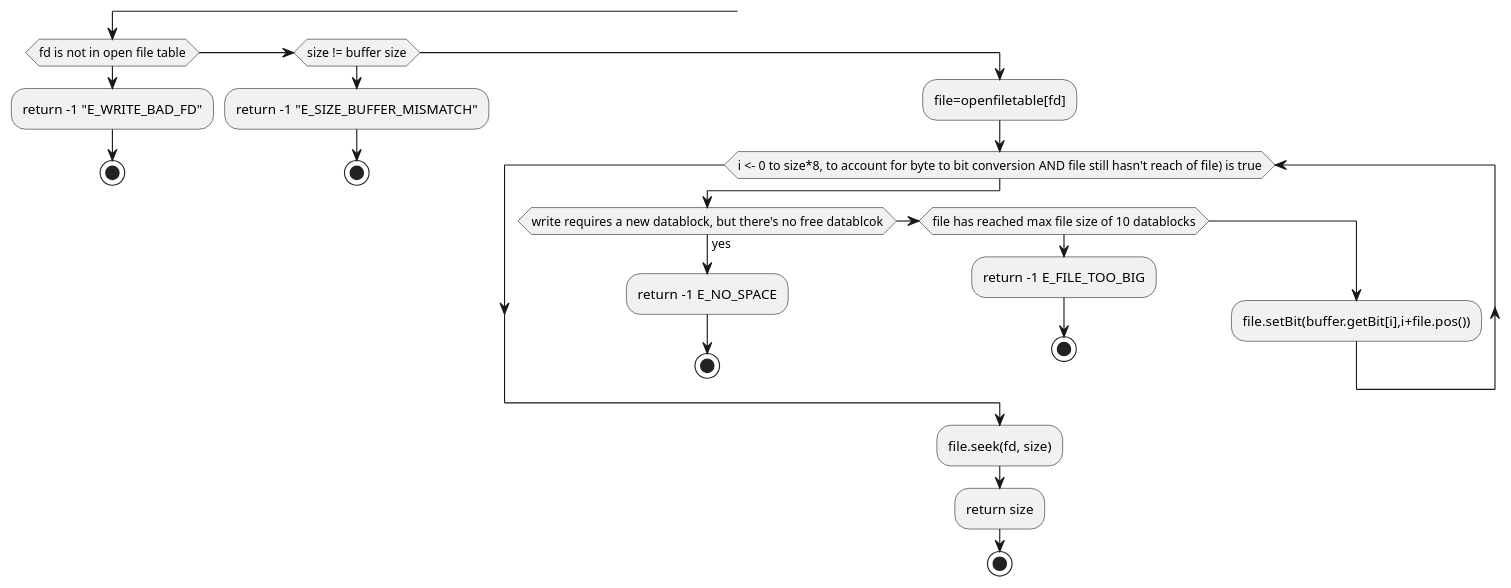
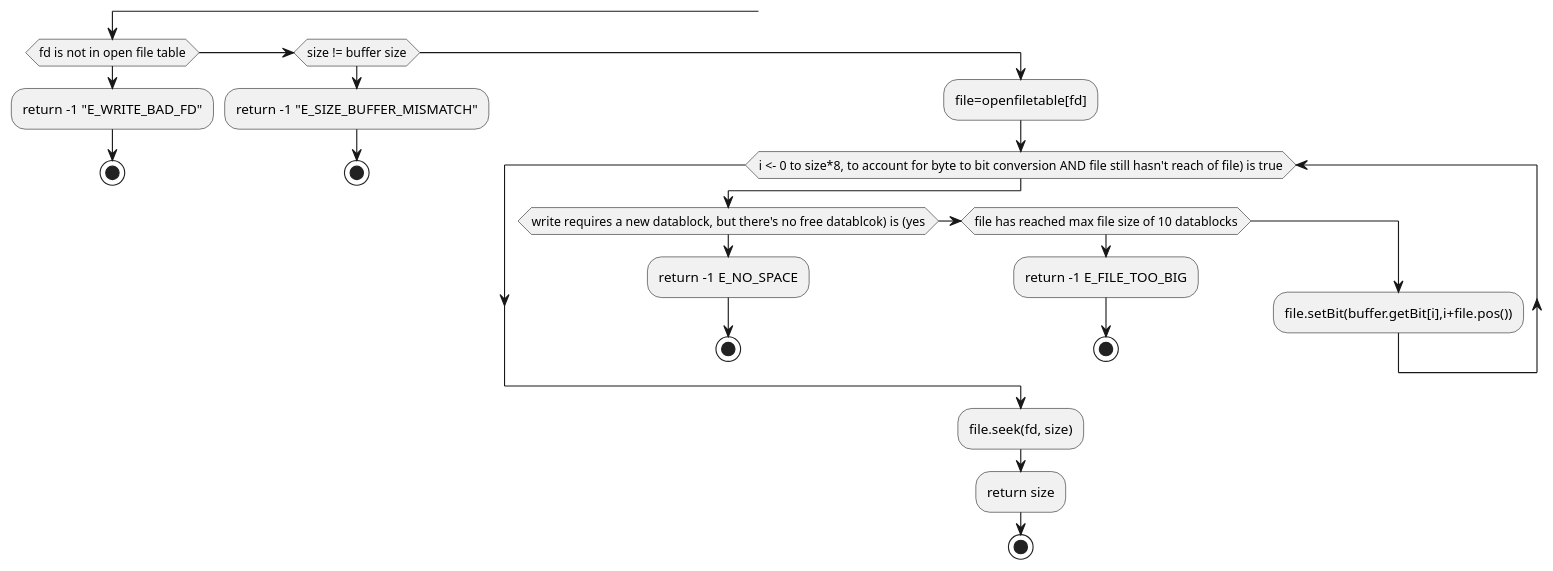
Before and after one commit to HawaiinPizza/CIS-450-final-project: the ninth of 20 diagrams in Plan.org, drawn with PlantUML. The commit also changed other lines of this file and 7 other files, not shown here.

```diff
--- a/Plan.org
+++ b/Plan.org
@@ -516,29 +523,29 @@
      #+BEGIN_SRC plantuml  :file Plant/FileWrite.png
      @startuml
 	if(fd is not in open file table)
 		:return -1 "E_WRITE_BAD_FD";
 		stop
 	elseif (size != buffer size)
 		:return -1 "E_SIZE_BUFFER_MISMATCH";
 		stop
 	else
 		:file=openfiletable[fd];
 		while (i <- 0 to size*8, to account for byte to bit conversion AND file still hasn't reach of file) is true)
-			if(write requires a new datablock, but there's no free datablcok) then (yes)
+			if(write requires a new datablock, but there's no free datablcok) is (yes)
 				:return -1 E_NO_SPACE;
 				stop
 			elseif (file has reached max file size of 10 datablocks)
 				:return -1 E_FILE_TOO_BIG;
 				stop
 			else
 				:file.setBit(buffer.getBit[i],i+file.pos());
 			endif
 			
 		endwhile
 		:file.seek(fd, size);
 		:return size;
 		stop
 		
 	endif
 	@enduml
      #+END_SRC
```
